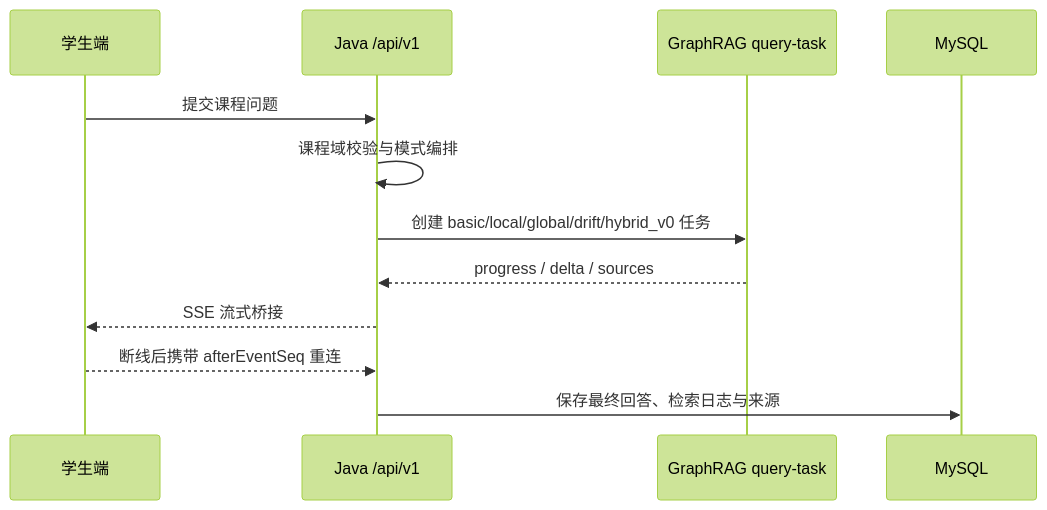
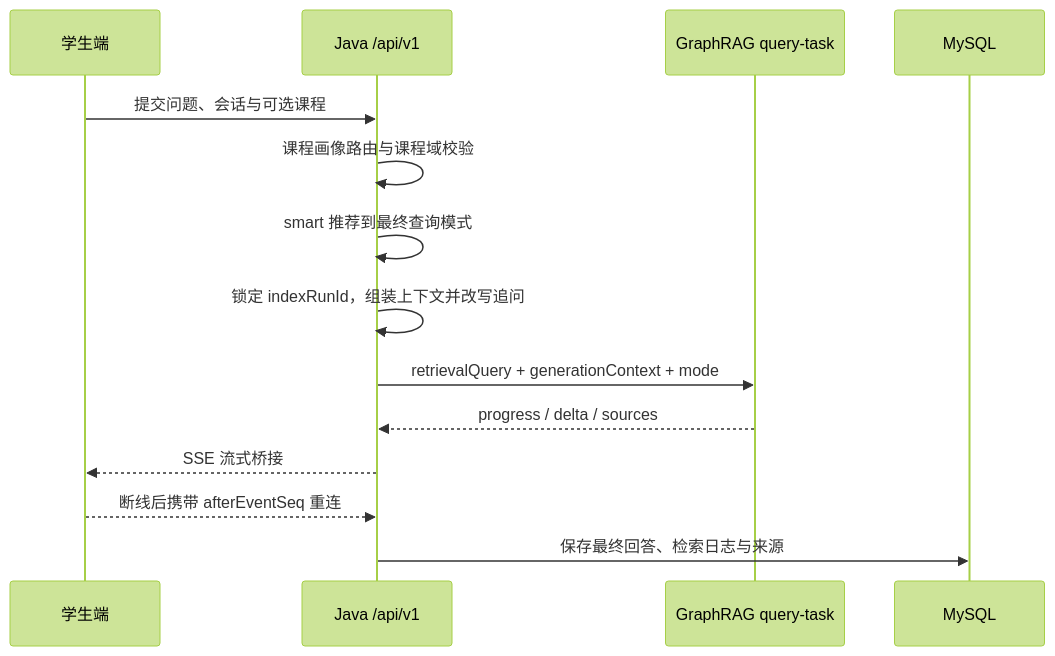
Before and after one commit to HardyLiu6/ckqa: the third of 4 diagrams in README.md, drawn with Mermaid (forest theme). The commit also changed other lines of this file and 1 other file, not shown here.

````diff
--- a/README.md
+++ b/README.md
@@ -105,14 +113,16 @@
 ```mermaid
 sequenceDiagram
   participant S as 学生端
   participant J as Java /api/v1
   participant P as GraphRAG query-task
   participant M as MySQL
-  S->>J: 提交课程问题
-  J->>J: 课程域校验与模式编排
-  J->>P: 创建 basic/local/global/drift/hybrid_v0 任务
+  S->>J: 提交问题、会话与可选课程
+  J->>J: 课程画像路由与课程域校验
+  J->>J: smart 推荐到最终查询模式
+  J->>J: 锁定 indexRunId，组装上下文并改写追问
+  J->>P: retrievalQuery + generationContext + mode
   P-->>J: progress / delta / sources
   J-->>S: SSE 流式桥接
   S-->>J: 断线后携带 afterEventSeq 重连
   J->>M: 保存最终回答、检索日志与来源
 ```
````
